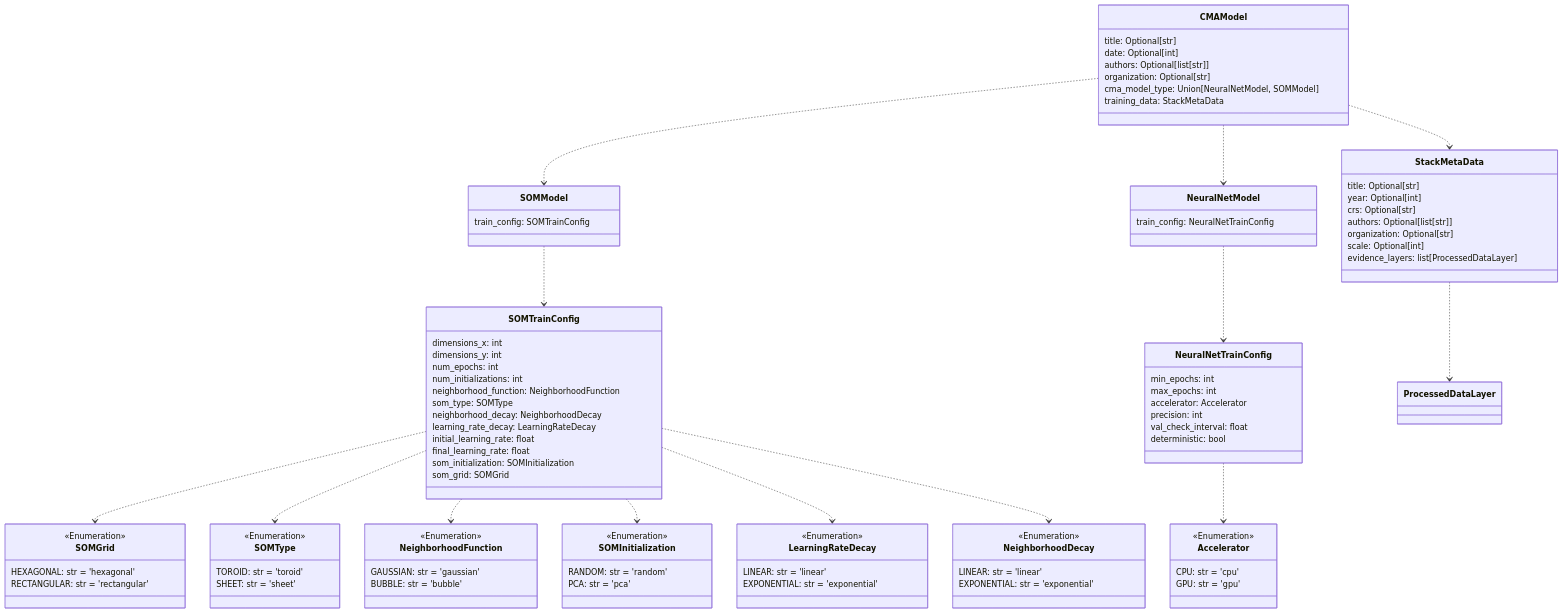
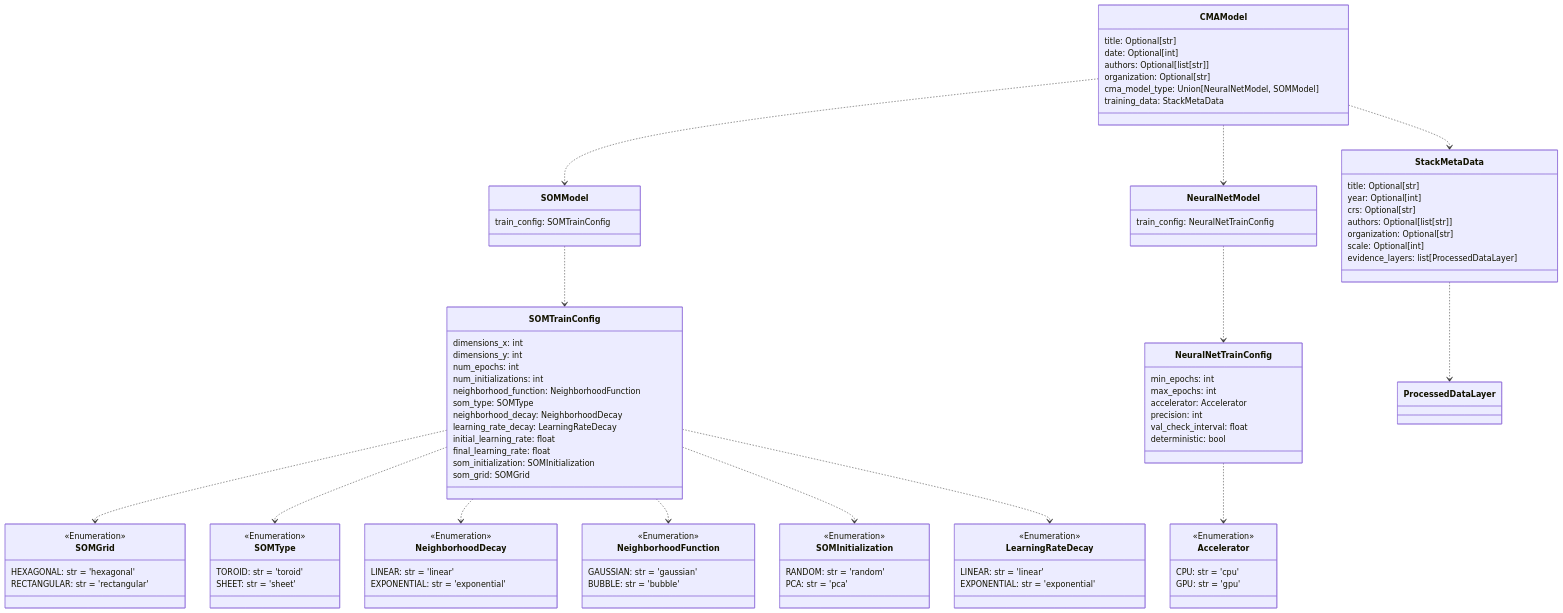
Before and after one commit to DARPA-CRITICALMAAS/cdr_schemas: diagram 14 of 14 in README.md, drawn with Mermaid. The commit also changed other lines of this file and 1 other file, not shown here.

````diff
--- a/README.md
+++ b/README.md
@@ -1057,25 +1064,28 @@
         RECTANGULAR: str = 'rectangular'
     }
 
-    class SOMType {
+    class Accelerator {
         <<Enumeration>>
-        TOROID: str = 'toroid'
-        SHEET: str = 'sheet'
+        CPU: str = 'cpu'
+        GPU: str = 'gpu'
     }
 
-    class CMAModel {
-        title: Optional[str]
-        date: Optional[int]
-        authors: Optional[list[str]]
-        organization: Optional[str]
-        cma_model_type: Union[NeuralNetModel, SOMModel]
-        training_data: StackMetaData
+    class NeighborhoodDecay {
+        <<Enumeration>>
+        LINEAR: str = 'linear'
+        EXPONENTIAL: str = 'exponential'
     }
 
     class NeighborhoodFunction {
         <<Enumeration>>
         GAUSSIAN: str = 'gaussian'
         BUBBLE: str = 'bubble'
+    }
+
+    class SOMInitialization {
+        <<Enumeration>>
+        RANDOM: str = 'random'
+        PCA: str = 'pca'
     }
 
     class NeuralNetTrainConfig {
@@ -1087,26 +1097,8 @@
         deterministic: bool
     }
 
-    class SOMInitialization {
-        <<Enumeration>>
-        RANDOM: str = 'random'
-        PCA: str = 'pca'
-    }
-
     class SOMModel {
         train_config: SOMTrainConfig
-    }
-
-    class NeighborhoodDecay {
-        <<Enumeration>>
-        LINEAR: str = 'linear'
-        EXPONENTIAL: str = 'exponential'
-    }
-
-    class Accelerator {
-        <<Enumeration>>
-        CPU: str = 'cpu'
-        GPU: str = 'gpu'
     }
 
     class StackMetaData {
@@ -1117,6 +1109,16 @@
         organization: Optional[str]
         scale: Optional[int]
         evidence_layers: list[ProcessedDataLayer]
+    }
+
+    class NeuralNetModel {
+        train_config: NeuralNetTrainConfig
+    }
+
+    class SOMType {
+        <<Enumeration>>
+        TOROID: str = 'toroid'
+        SHEET: str = 'sheet'
     }
 
     class SOMTrainConfig {
@@ -1134,8 +1136,13 @@
         som_grid: SOMGrid
     }
 
-    class NeuralNetModel {
-        train_config: NeuralNetTrainConfig
+    class CMAModel {
+        title: Optional[str]
+        date: Optional[int]
+        authors: Optional[list[str]]
+        organization: Optional[str]
+        cma_model_type: Union[NeuralNetModel, SOMModel]
+        training_data: StackMetaData
     }
 
     class LearningRateDecay {
@@ -1148,15 +1155,15 @@
     NeuralNetTrainConfig ..> Accelerator
     SOMTrainConfig ..> SOMGrid
     SOMTrainConfig ..> SOMType
+    SOMTrainConfig ..> NeighborhoodDecay
     SOMTrainConfig ..> NeighborhoodFunction
     SOMTrainConfig ..> SOMInitialization
     SOMTrainConfig ..> LearningRateDecay
-    SOMTrainConfig ..> NeighborhoodDecay
     NeuralNetModel ..> NeuralNetTrainConfig
     SOMModel ..> SOMTrainConfig
     CMAModel ..> SOMModel
+    CMAModel ..> NeuralNetModel
     CMAModel ..> StackMetaData
-    CMAModel ..> NeuralNetModel
 
 
 ```
````
